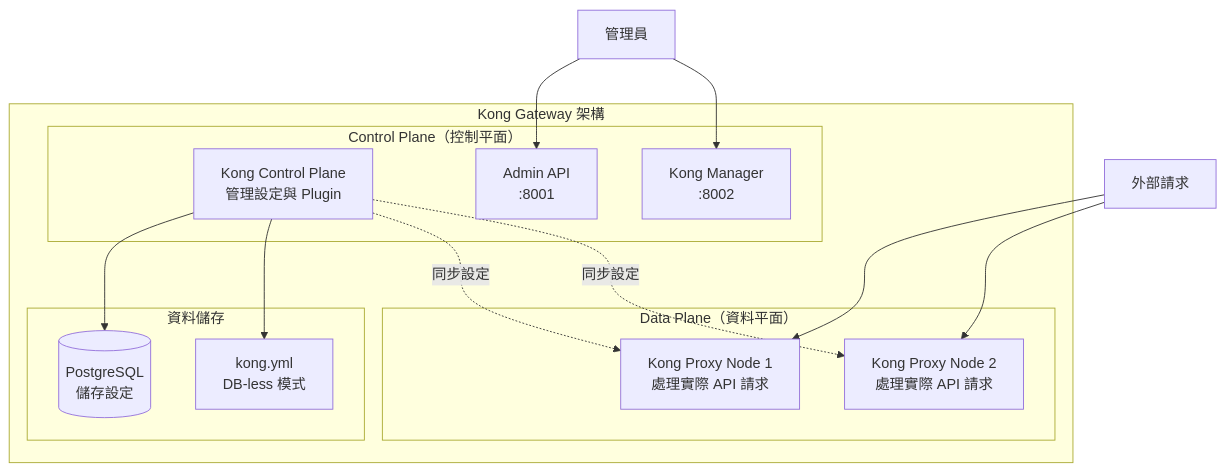
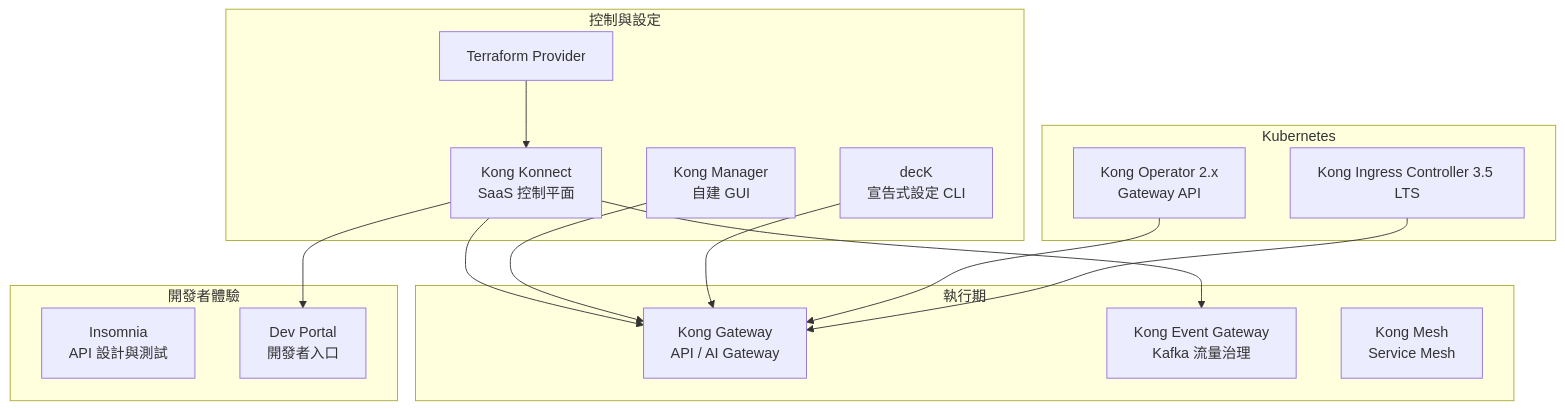
The third of 22 diagrams in content/posts/教學/工具/Kong API Gateway教學手冊.md (chihhung/Blog), drawn with Mermaid before and after one commit. The commit also changed other lines of this file and 10 other files, not shown here.

````diff
--- a/content/posts/教學/工具/Kong API Gateway教學手冊.md
+++ b/content/posts/教學/工具/Kong API Gateway教學手冊.md
@@ -217,29 +428,34 @@
 ```mermaid
 graph TB
-    subgraph "Kong Gateway 架構"
-        subgraph "Data Plane（資料平面）"
-            DP1[Kong Proxy Node 1<br/>處理實際 API 請求]
-            DP2[Kong Proxy Node 2<br/>處理實際 API 請求]
-        end
-        
-        subgraph "Control Plane（控制平面）"
-            CP[Kong Control Plane<br/>管理設定與 Plugin]
-            AdminAPI[Admin API<br/>:8001]
-            Manager[Kong Manager<br/>:8002]
-        end
-        
-        subgraph "資料儲存"
-            PG[(PostgreSQL<br/>儲存設定)]
-            ConfigFile[kong.yml<br/>DB-less 模式]
-        end
+    subgraph "控制與設定"
+        Konnect[Kong Konnect<br/>SaaS 控制平面]
+        Manager[Kong Manager<br/>自建 GUI]
+        decK[decK<br/>宣告式設定 CLI]
+        TF[Terraform Provider]
     end
-    
-    Client[外部請求] --> DP1
-    Client --> DP2
-    Admin[管理員] --> AdminAPI
-    Admin --> Manager
-    CP --> PG
-    CP --> ConfigFile
-    CP -.->|同步設定| DP1
-    CP -.->|同步設定| DP2
+
+    subgraph "執行期"
+        GW[Kong Gateway<br/>API / AI Gateway]
+        EGW[Kong Event Gateway<br/>Kafka 流量治理]
+        Mesh[Kong Mesh<br/>Service Mesh]
+    end
+
+    subgraph "Kubernetes"
+        KO[Kong Operator 2.x<br/>Gateway API]
+        KIC[Kong Ingress Controller 3.5 LTS]
+    end
+
+    subgraph "開發者體驗"
+        Insomnia[Insomnia<br/>API 設計與測試]
+        Portal[Dev Portal<br/>開發者入口]
+    end
+
+    Konnect --> GW
+    Manager --> GW
+    decK --> GW
+    TF --> Konnect
+    KO --> GW
+    KIC --> GW
+    Konnect --> Portal
+    Konnect --> EGW
 ```
````
